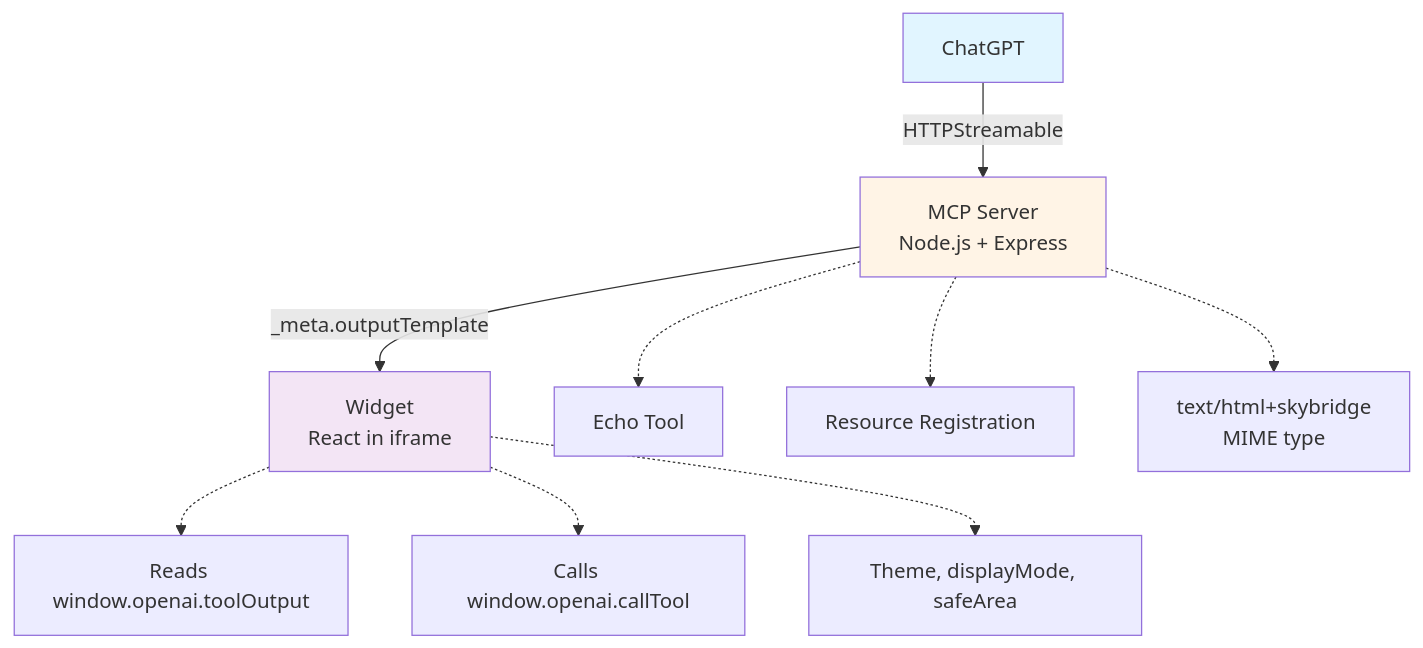
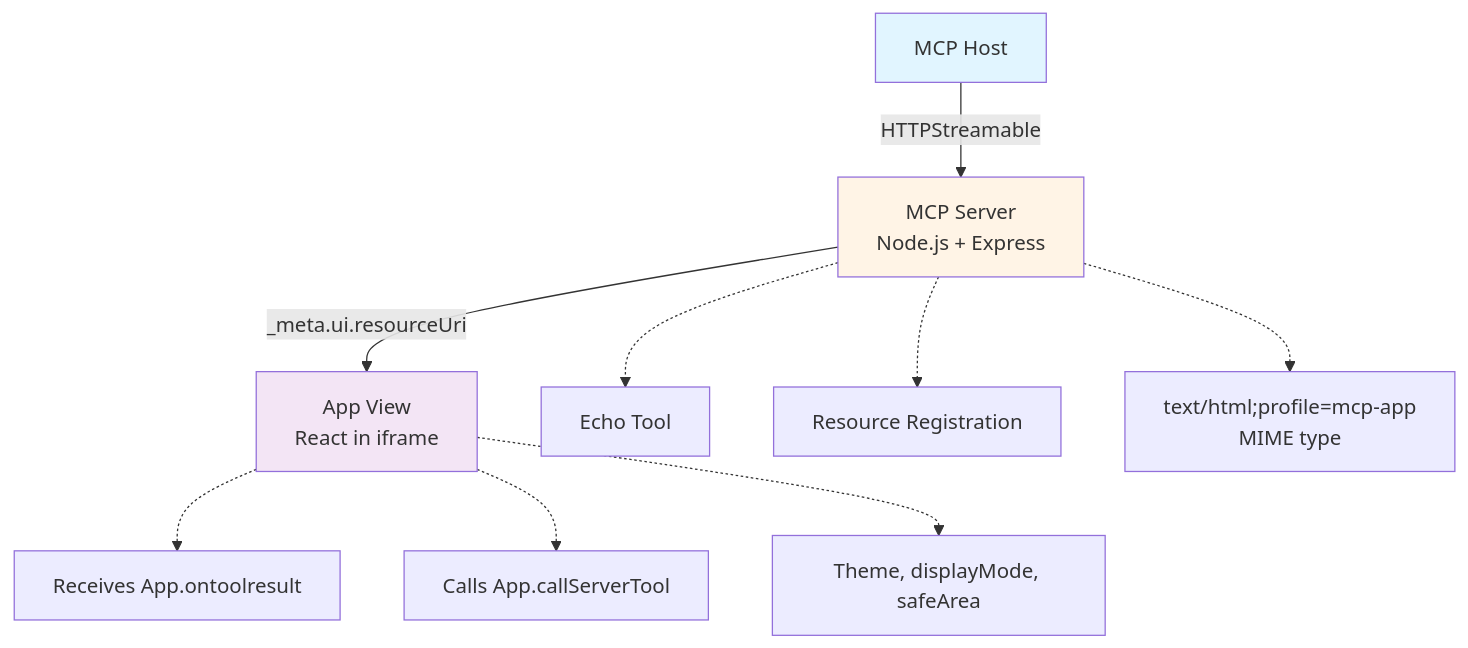
Before and after one commit to pomerium/chatgpt-app-typescript-template: the diagram in README.md, drawn with Mermaid. The commit also changed other lines of this file and 15 other files, not shown here.

Commit message:
feat(mcp-apps): migrate template to MCP Apps spec

````diff
--- a/README.md
+++ b/README.md
@@ -21,17 +21,17 @@
 ```mermaid
 graph TD
-    A[ChatGPT] -->|HTTPStreamable| B[MCP Server<br/>Node.js + Express]
-    B -->|_meta.outputTemplate| C[Widget<br/>React in iframe]
+    A[MCP Host] -->|HTTPStreamable| B[MCP Server<br/>Node.js + Express]
+    B -->|_meta.ui.resourceUri| C[App View<br/>React in iframe]
 
     B -.-> B1[Echo Tool]
     B -.-> B2[Resource Registration]
-    B -.-> B3[text/html+skybridge<br/>MIME type]
+    B -.-> B3[text/html;profile=mcp-app<br/>MIME type]
 
-    C -.-> C1[Reads window.openai.toolOutput]
-    C -.-> C2[Calls window.openai.callTool]
+    C -.-> C1[Receives App.ontoolresult]
+    C -.-> C2[Calls App.callServerTool]
     C -.-> C3[Theme, displayMode, safeArea]
 
     style A fill:#e1f5ff
     style B fill:#fff4e6
     style C fill:#f3e5f5
 ```
````
